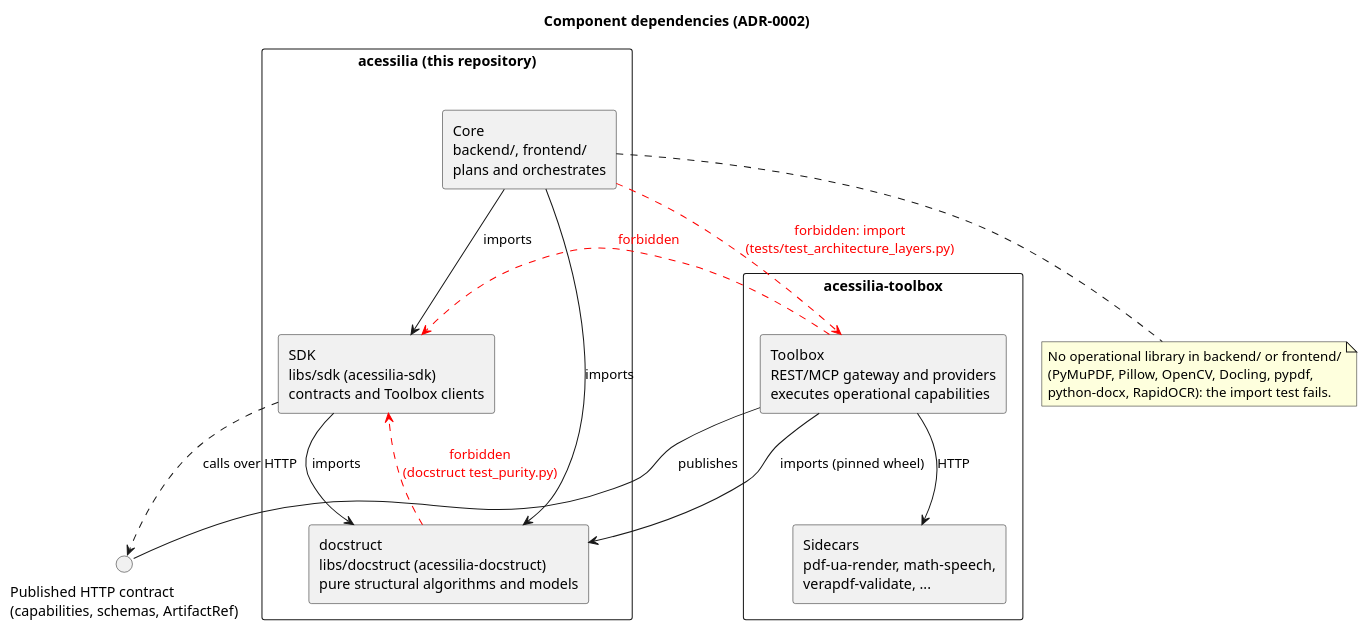
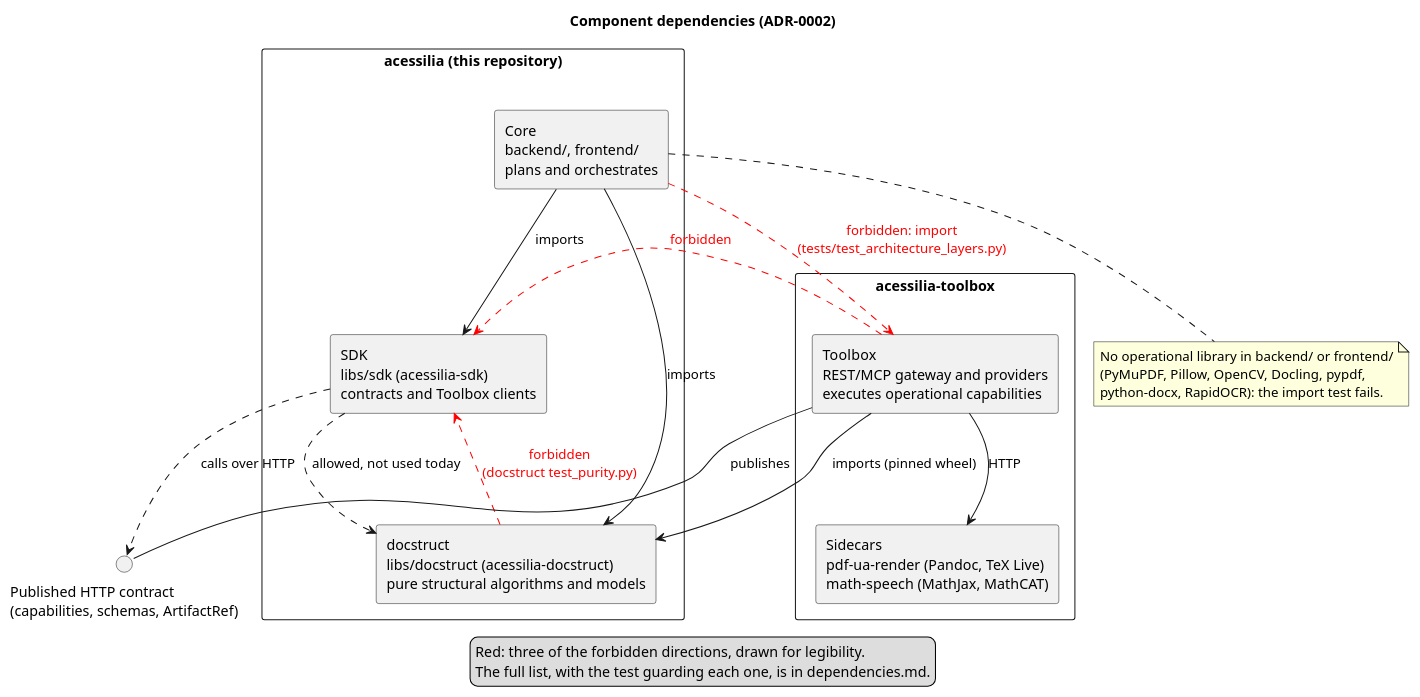
The diagram in docs/architecture/dependencies.puml (A11yDevs/acessilia), drawn with PlantUML before and after one commit. The commit also changed 5 other files, not shown here.

First line of the commit message:
docs(diagrams): address review of the dependency and failover diagrams

```diff
--- a/docs/architecture/dependencies.puml
+++ b/docs/architecture/dependencies.puml
@@ -1,38 +1,43 @@
 @startuml dependencies
 skinparam componentStyle rectangle
 skinparam shadowing false
 skinparam packageStyle rectangle
 
 title Component dependencies (ADR-0002)
 
 package "acessilia (this repository)" {
   component "Core\nbackend/, frontend/\nplans and orchestrates" as Core
   component "SDK\nlibs/sdk (acessilia-sdk)\ncontracts and Toolbox clients" as SDK
   component "docstruct\nlibs/docstruct (acessilia-docstruct)\npure structural algorithms and models" as Docstruct
 }
 
 package "acessilia-toolbox" {
   component "Toolbox\nREST/MCP gateway and providers\nexecutes operational capabilities" as Toolbox
-  component "Sidecars\npdf-ua-render, math-speech,\nverapdf-validate, ..." as Sidecars
+  component "Sidecars\npdf-ua-render (Pandoc, TeX Live)\nmath-speech (MathJax, MathCAT)" as Sidecars
 }
 
 interface "Published HTTP contract\n(capabilities, schemas, ArtifactRef)" as Contract
 
 Core --> SDK : imports
 Core --> Docstruct : imports
-SDK --> Docstruct : imports
+SDK ..> Docstruct : allowed, not used today
 SDK ..> Contract : calls over HTTP
 Toolbox -- Contract : publishes
 Toolbox --> Docstruct : imports (pinned wheel)
 Toolbox --> Sidecars : HTTP
 
 Core -[#red,dashed]-> Toolbox : <color:red>forbidden: import\n<color:red>(tests/test_architecture_layers.py)
 Docstruct -[#red,dashed]-> SDK : <color:red>forbidden\n<color:red>(docstruct test_purity.py)
 Toolbox -[#red,dashed]-> SDK : <color:red>forbidden
 
 note bottom of Core
   No operational library in backend/ or frontend/
   (PyMuPDF, Pillow, OpenCV, Docling, pypdf,
   python-docx, RapidOCR): the import test fails.
 end note
+
+legend bottom
+  Red: three of the forbidden directions, drawn for legibility.
+  The full list, with the test guarding each one, is in dependencies.md.
+endlegend
 @enduml
```
